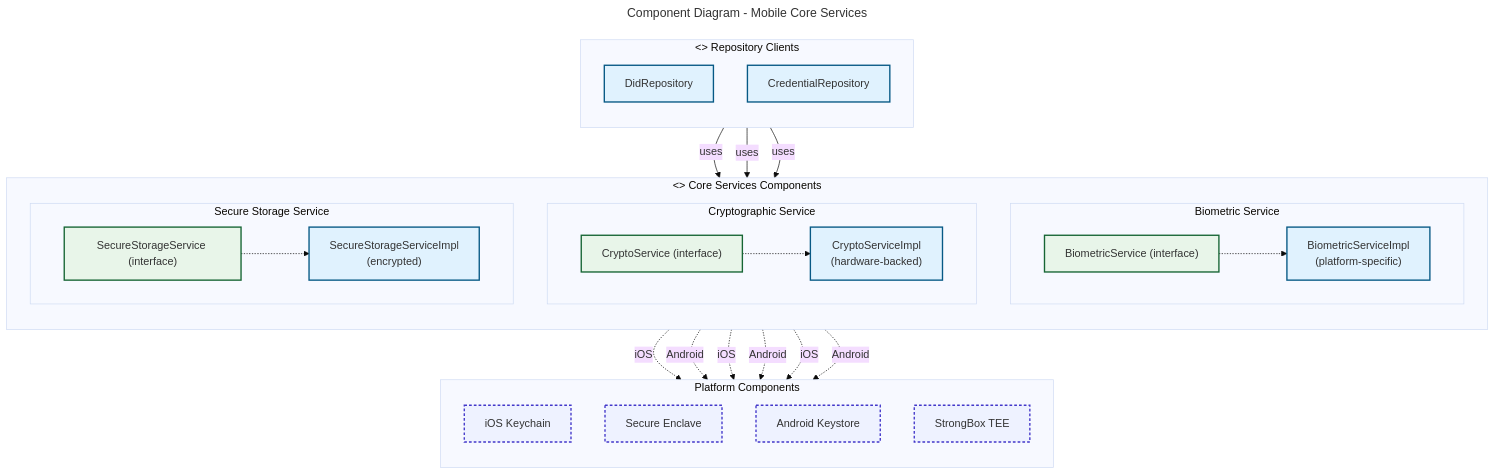
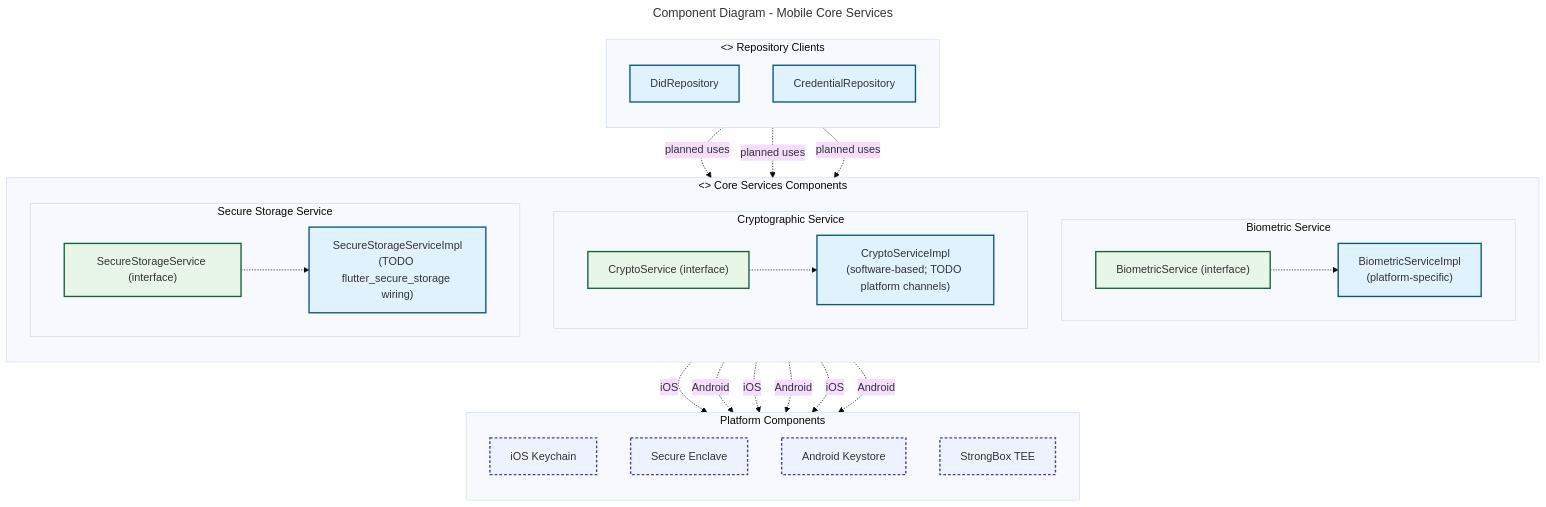
Before and after one commit to CHATEAUFORGE-LLC/QuantumZero: the diagram in diagrams/component-mobile-services.mmd, drawn with Mermaid. The commit also changed 23 other files, not shown here.

Commit message:
syntax corrections and diagram indexing

```diff
--- a/diagrams/component-mobile-services.mmd
+++ b/diagrams/component-mobile-services.mmd
@@ -1,69 +1,69 @@
 ---
 title: Component Diagram - Mobile Core Services
 config:
   theme: base
 ---
 %% QuantumZero UML palette note: actors/external=#fff7e6/#b45309, system/component=#e0f2fe/#075985, datastore=#ecfccb/#4d7c0f, notes=#fff9c4/#d97706. Aligns diagrams to Deliverable 1 UML/DFD theme.
 flowchart TB
     %% QuantumZero UML palette (standardized)
     classDef component fill:#e0f2fe,stroke:#075985,stroke-width:2px
     classDef service fill:#e8f5e9,stroke:#166534,stroke-width:2px
     classDef platform fill:#eef2ff,stroke:#4338ca,stroke-width:2px,stroke-dasharray: 4 3
 
     %% Services Components
     subgraph Services["<<service>> Core Services Components"]
         direction TB
         
         subgraph Bio_Component["Biometric Service"]
             direction LR
             Bio_Interface["BiometricService (interface)"]:::service
             Bio_Impl["BiometricServiceImpl<br/>(platform-specific)"]:::component
         end
         
         subgraph Crypto_Component["Cryptographic Service"]
             direction LR
             Crypto_Interface["CryptoService (interface)"]:::service
-            Crypto_Impl["CryptoServiceImpl<br/>(hardware-backed)"]:::component
+            Crypto_Impl["CryptoServiceImpl<br/>(software-based; TODO platform channels)"]:::component
         end
         
         subgraph Storage_Component["Secure Storage Service"]
             direction LR
             Storage_Interface["SecureStorageService (interface)"]:::service
-            Storage_Impl["SecureStorageServiceImpl<br/>(encrypted)"]:::component
+            Storage_Impl["SecureStorageServiceImpl<br/>(TODO flutter_secure_storage wiring)"]:::component
         end
     end
     
     %% Platform Dependencies
     subgraph Platform["Platform Components"]
         direction TB
         iOS_Keychain["iOS Keychain"]:::platform
         iOS_Enclave["Secure Enclave"]:::platform
         Android_Keystore["Android Keystore"]:::platform
         Android_Strongbox["StrongBox TEE"]:::platform
     end
     
     %% Repository Clients
     subgraph Repositories["<<component>> Repository Clients"]
         direction TB
         DidRepo["DidRepository"]:::component
         CredRepo["CredentialRepository"]:::component
     end
     
     %% Dependencies
-    Bio_Impl -.->|iOS| iOS_Keychain
-    Bio_Impl -.->|Android| Android_Keystore
+    Bio_Impl -. iOS .-> iOS_Keychain
+    Bio_Impl -. Android .-> Android_Keystore
     
-    Crypto_Impl -.->|iOS| iOS_Enclave
-    Crypto_Impl -.->|Android| Android_Strongbox
+    Crypto_Impl -. iOS .-> iOS_Enclave
+    Crypto_Impl -. Android .-> Android_Strongbox
     
-    Storage_Impl -.->|iOS| iOS_Keychain
-    Storage_Impl -.->|Android| Android_Keystore
+    Storage_Impl -. iOS .-> iOS_Keychain
+    Storage_Impl -. Android .-> Android_Keystore
     
-    DidRepo -->|uses| Crypto_Interface
-    DidRepo -->|uses| Storage_Interface
-    
-    CredRepo -->|uses| Storage_Interface
+    %% NOTE: Repositories are currently TODO/unimplemented; service wiring is planned.
+    DidRepo -. planned uses .-> Crypto_Interface
+    DidRepo -. planned uses .-> Storage_Interface
+    CredRepo -. planned uses .-> Storage_Interface
     
     Bio_Interface -.-> Bio_Impl
     Crypto_Interface -.-> Crypto_Impl
     Storage_Interface -.-> Storage_Impl
```
